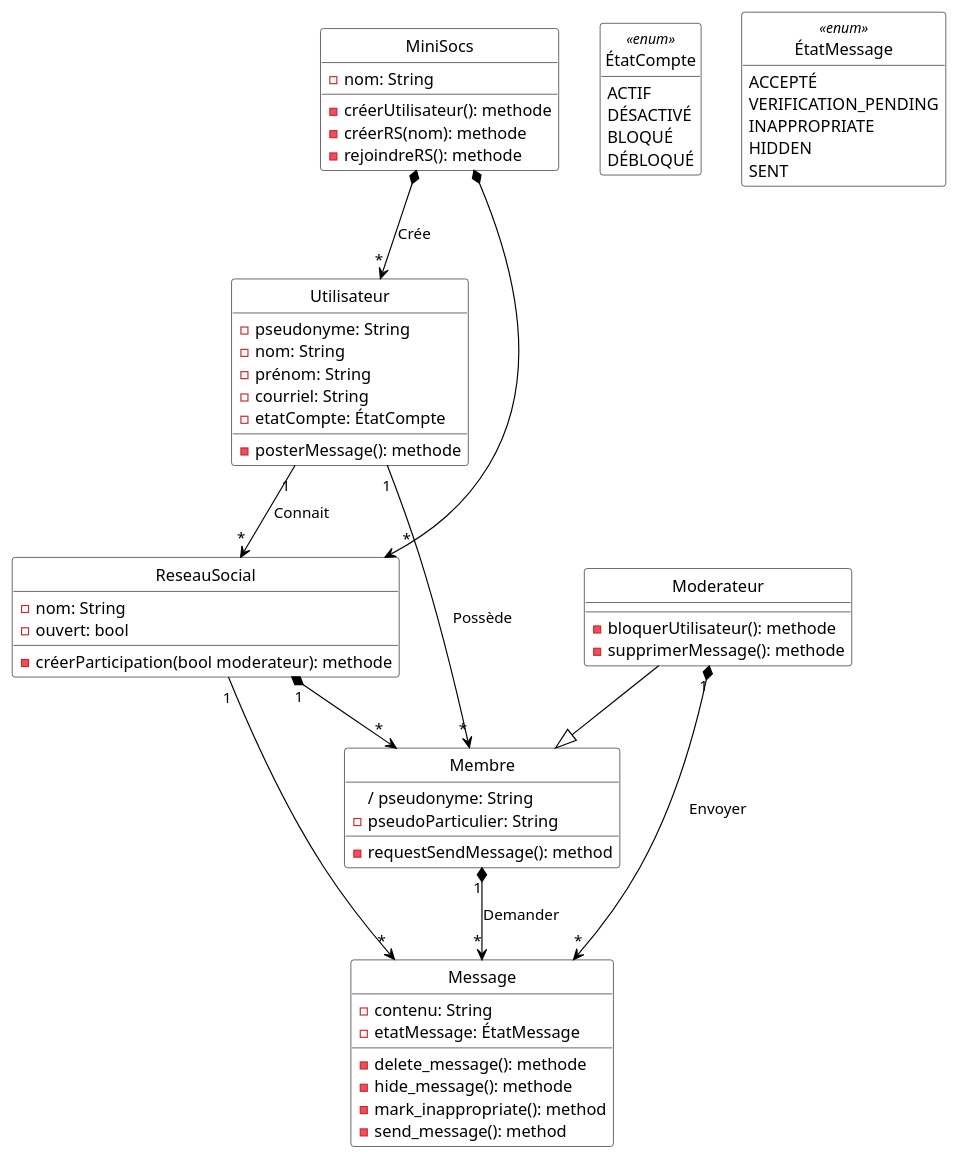
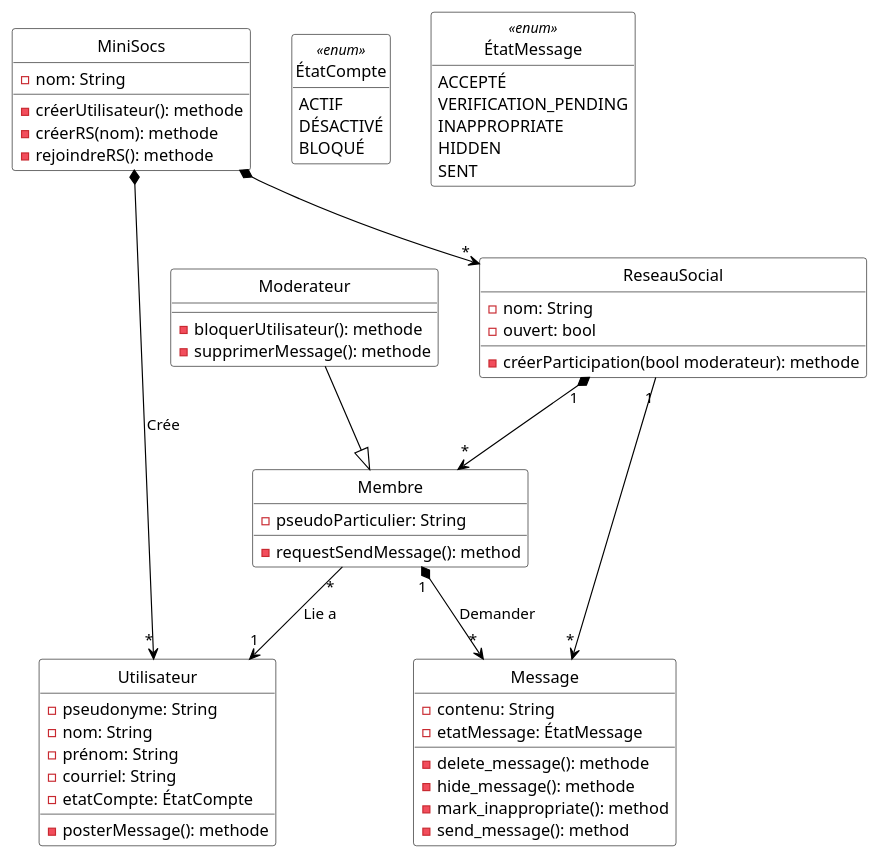
The diagram in Diagrammes/minisocs_uml_diag_classes_sans_notif.pu (lukalafaye/MiniSocs), drawn with PlantUML before and after one commit. The commit also changed 10 other files, not shown here.

```diff
--- a/Diagrammes/minisocs_uml_diag_classes_sans_notif.pu
+++ b/Diagrammes/minisocs_uml_diag_classes_sans_notif.pu
@@ -1,89 +1,85 @@
 	@startuml
 
 	'Diagramme de classes (PlantUML)'
 
 	'Configuration charte graphique'
 	hide empty methods
 	hide circle
 	skinparam class {
 	  BackgroundColor White
 	  ArrowColor Black
 	  BorderColor Black
 	}
 
 	'Classes, énumérations, etc.'
 	class MiniSocs {
 	  - nom: String
 	  - créerUtilisateur(): methode
 	  - créerRS(nom): methode
 	  - rejoindreRS(): methode
 	}
 
 	class Utilisateur {
 	  - pseudonyme: String
 	  - nom: String
 	  - prénom: String
 	  - courriel: String
 	  - etatCompte: ÉtatCompte
 	  - posterMessage(): methode
 	}
 
 	enum ÉtatCompte <<enum>> {
 	  ACTIF
 	  DÉSACTIVÉ
 	  BLOQUÉ
-	  DÉBLOQUÉ
 	}
 
 	enum ÉtatMessage <<enum>> {
 	  ACCEPTÉ
 	  VERIFICATION_PENDING
 	  INAPPROPRIATE
 	  HIDDEN
 	  SENT
 	}
 
 	class Membre {
-	  / pseudonyme: String
 	  - pseudoParticulier: String
 	  - requestSendMessage(): method
 	}
 
 	class Moderateur {
 	  - bloquerUtilisateur(): methode
 	  - supprimerMessage(): methode
 	}
 
 	class ReseauSocial {
 	  - nom: String
 	  - ouvert: bool
 	  - créerParticipation(bool moderateur): methode
 	}
 
 	class Message {
 	  - contenu: String
 	  - etatMessage: ÉtatMessage
 	  - delete_message(): methode
 	  - hide_message(): methode
 	  - mark_inappropriate(): method
 	  - send_message(): method
 	}
 
 	'Associations, etc.'
 	MiniSocs *--> "*" Utilisateur: Crée
-	Utilisateur "1" --> "*" ReseauSocial: Connait
-        Utilisateur "1" --> "*" Membre: Possède
-	
-	Moderateur "1" *--> "*" Message: Envoyer
+	Membre "*" --> "1" Utilisateur: Lie a
+
 	Membre "1" *--> "*" Message: Demander
         
 	MiniSocs *--> "*" ReseauSocial
         ReseauSocial "1"--> "*" Message
         
 	ReseauSocial "1" *--> "*" Membre
 
 	Moderateur --|> Membre
 	
 	'Au besoin, aides pour le positionnement'
 
 	@enduml
```
